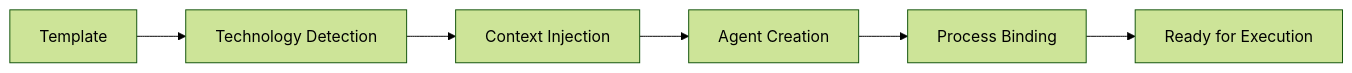
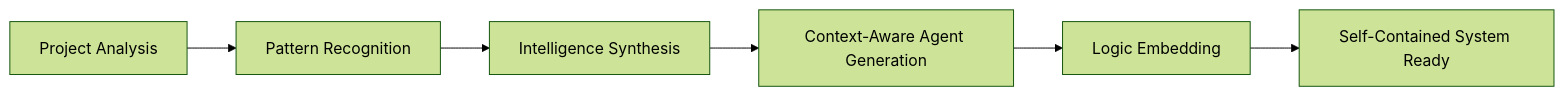
One commit to xilnick/claude-guild changed the diagram in guideline/architecture.md. Above: the diagram before and after it, drawn with Mermaid (forest theme). The commit also changed other lines of this file and 3 other files, not shown here.

Commit message:
"Refactor `architecture.md` to introduce pure dynamic generation architecture, replacing static templates with intelligent context-aware systems. Add implementation plans and setup command architecture documentation for enhanced project-adaptive workflows."

````diff
--- a/guideline/architecture.md
+++ b/guideline/architecture.md
@@ -136,8 +137,8 @@
 ```mermaid
 graph LR
-    A[Template] --> B[Technology Detection]
-    B --> C[Context Injection]
-    C --> D[Agent Creation]
-    D --> E[Process Binding]
-    E --> F[Ready for Execution]
+    A[Project Analysis] --> B[Pattern Recognition]
+    B --> C[Intelligence Synthesis]
+    C --> D[Context-Aware Agent Generation]
+    D --> E[Logic Embedding]
+    E --> F[Self-Contained System Ready]
 ```
````
